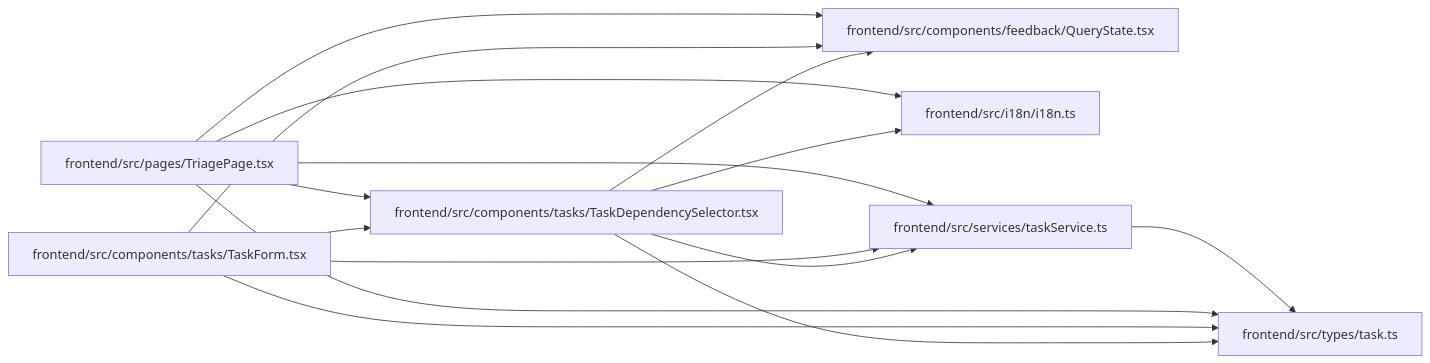
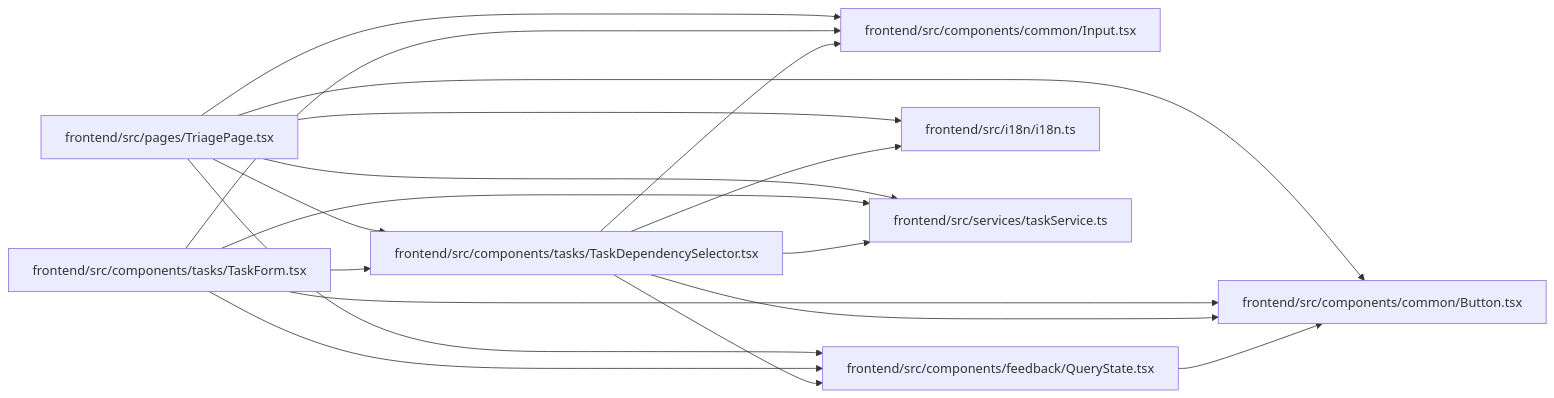
Before and after one commit to Denissvgn/WorkChord: the diagram in docs/llm_wiki/modules/TaskDependencySelector.md, drawn with Mermaid. The commit also changed other lines of this file and 1238 other files, not shown here.

First line of the commit message:
docs(wiki): publish compact canonical domain architecture

````diff
--- a/docs/llm_wiki/modules/TaskDependencySelector.md
+++ b/docs/llm_wiki/modules/TaskDependencySelector.md
@@ -30,31 +32,36 @@
 ```mermaid
 flowchart LR
-    n0["frontend/src/components/feedback/QueryState.tsx"]
-    n1["frontend/src/components/tasks/TaskDependencySelector.tsx"]
-    n2["frontend/src/components/tasks/TaskForm.tsx"]
-    n3["frontend/src/i18n/i18n.ts"]
-    n4["frontend/src/pages/TriagePage.tsx"]
-    n5["frontend/src/services/taskService.ts"]
-    n6["frontend/src/types/task.ts"]
-    n1 --> n0
-    n1 --> n3
-    n1 --> n5
-    n1 --> n6
+    n0["frontend/src/components/common/Button.tsx"]
+    n1["frontend/src/components/common/Input.tsx"]
+    n2["frontend/src/components/feedback/QueryState.tsx"]
+    n3["frontend/src/components/tasks/TaskDependencySelector.tsx"]
+    n4["frontend/src/components/tasks/TaskForm.tsx"]
+    n5["frontend/src/i18n/i18n.ts"]
+    n6["frontend/src/pages/TriagePage.tsx"]
+    n7["frontend/src/services/taskService.ts"]
     n2 --> n0
-    n2 --> n1
-    n2 --> n5
-    n2 --> n6
+    n3 --> n0
+    n3 --> n1
+    n3 --> n2
+    n3 --> n5
+    n3 --> n7
     n4 --> n0
     n4 --> n1
+    n4 --> n2
     n4 --> n3
-    n4 --> n5
-    n4 --> n6
-    n5 --> n6
-    click n0 "../modules/QueryState.md"
-    click n1 "../modules/TaskDependencySelector.md"
-    click n2 "../modules/TaskForm.md"
-    click n3 "../modules/i18n.md"
-    click n4 "../modules/TriagePage.md"
-    click n5 "../modules/taskService.md"
-    click n6 "../modules/types_task.md"
+    n4 --> n7
+    n6 --> n0
+    n6 --> n1
+    n6 --> n2
+    n6 --> n3
+    n6 --> n5
+    n6 --> n7
+    click n0 "../modules/Button.md"
+    click n1 "../modules/Input.md"
+    click n2 "../modules/QueryState.md"
+    click n3 "../modules/TaskDependencySelector.md"
+    click n4 "../modules/TaskForm.md"
+    click n5 "../modules/i18n.md"
+    click n6 "../modules/TriagePage.md"
+    click n7 "../modules/taskService.md"
 ```
````
